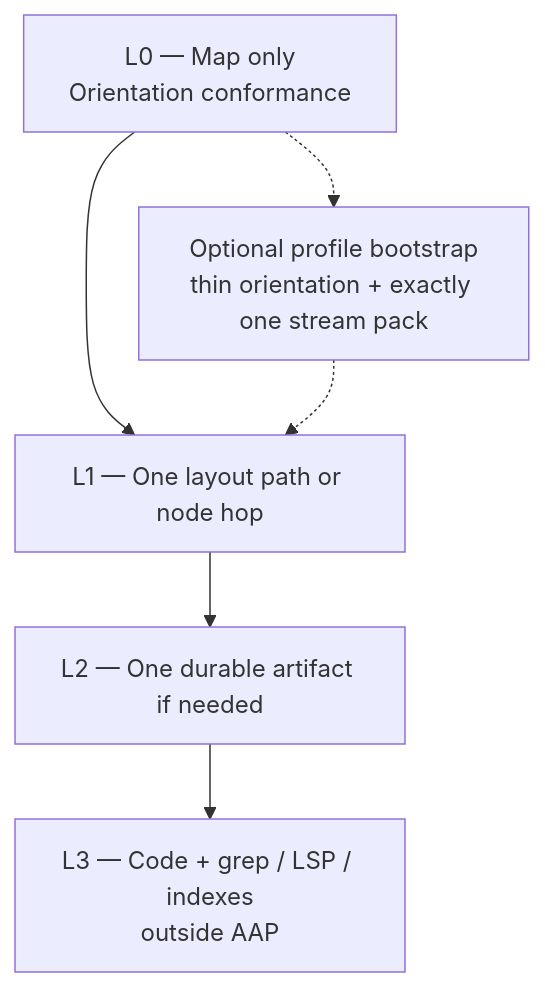
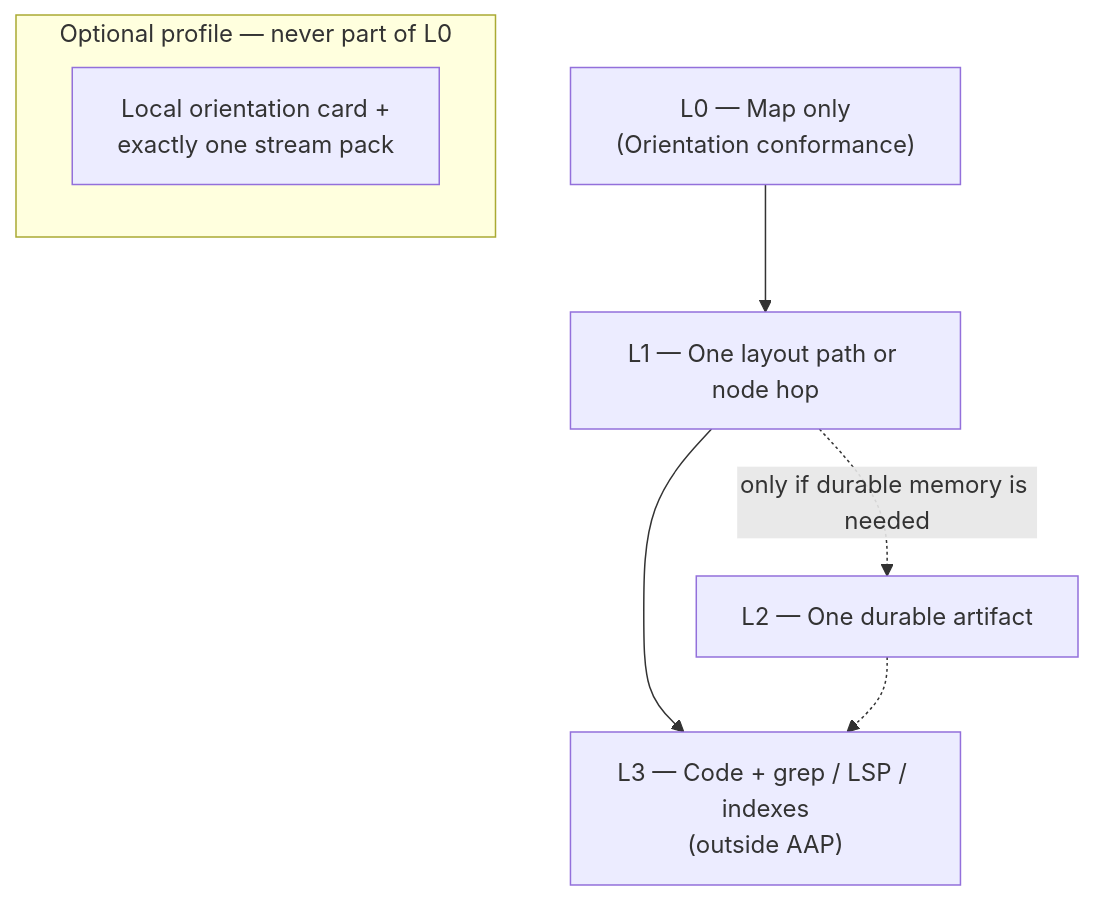
One commit to gitpash/agent-artifact-protocol changed the second of 5 diagrams in README.md. Above: the diagram before and after it, drawn with Mermaid. The commit also changed other lines of this file, not shown here.

First line of the commit message:
docs(readme): apply review — diagram honesty + section order

````diff
--- a/README.md
+++ b/README.md
@@ -80,13 +93,16 @@
 ```mermaid
 flowchart TD
-  L0["L0 — Map only<br/>Orientation conformance"]
+  L0["L0 — Map only<br/>(Orientation conformance)"]
   L1["L1 — One layout path or node hop"]
-  L2["L2 — One durable artifact if needed"]
-  L3["L3 — Code + grep / LSP / indexes<br/>outside AAP"]
+  L2["L2 — One durable artifact"]
+  L3["L3 — Code + grep / LSP / indexes<br/>(outside AAP)"]
 
-  L0 --> L1 --> L2 --> L3
+  L0 --> L1
+  L1 --> L3
+  L1 -.->|only if durable memory is needed| L2
+  L2 -.-> L3
 
-  P["Optional profile bootstrap<br/>thin orientation + exactly one stream pack"]
-  L0 -.-> P
-  P -.-> L1
+  subgraph side [Optional profile — never part of L0]
+    P["Local orientation card +<br/>exactly one stream pack"]
+  end
 ```
````
